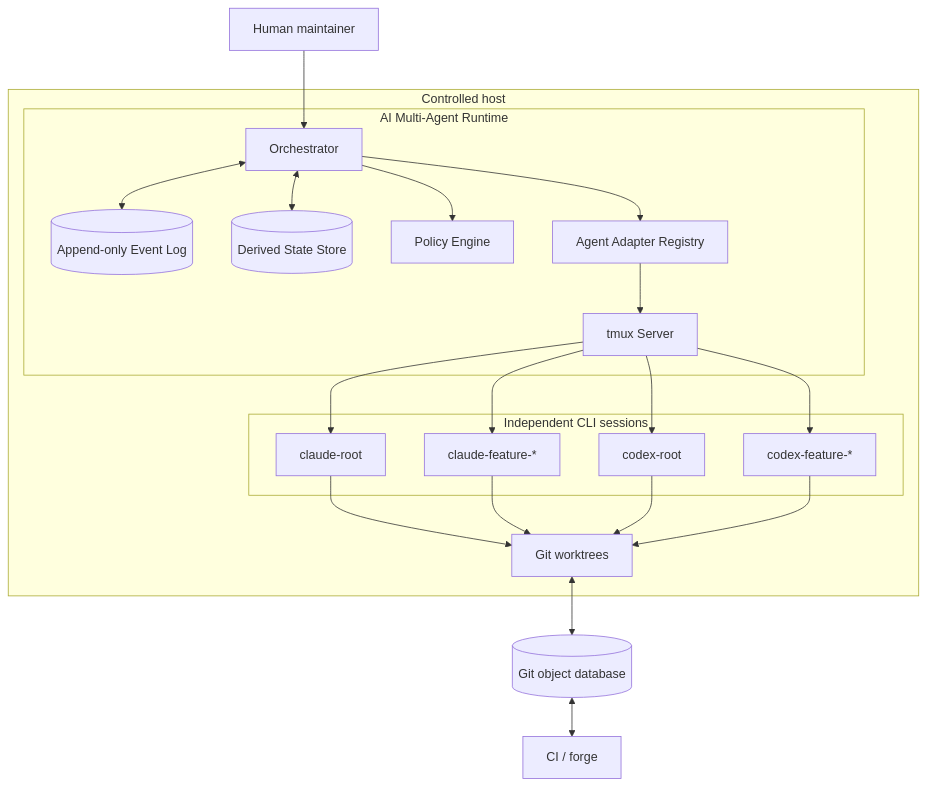
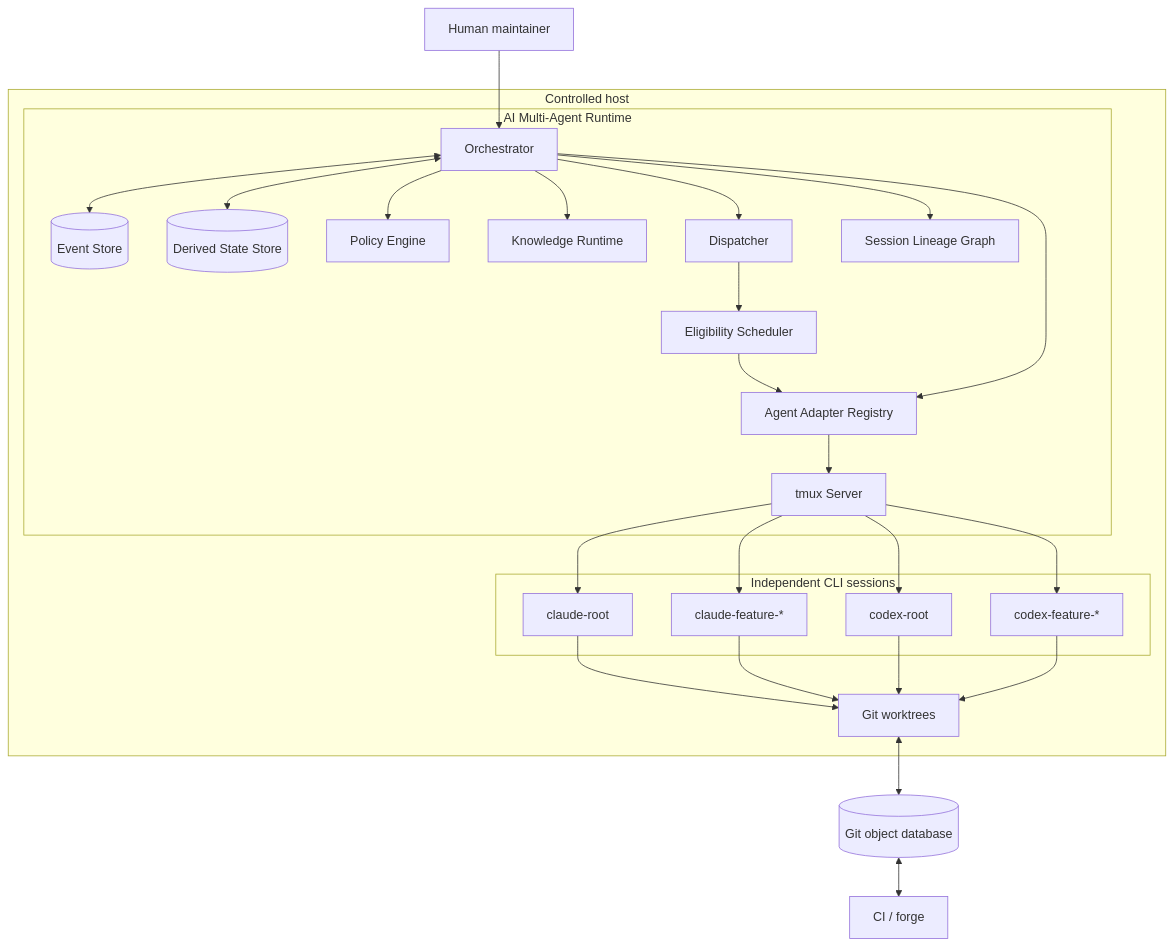
One commit to tinhnvAdnetplus/design-document changed the first of 3 diagrams in docs/architecture/01-architecture-overview.md. Above: the diagram before and after it, drawn with Mermaid. The commit also changed other lines of this file and 35 other files, not shown here.

````diff
--- a/docs/architecture/01-architecture-overview.md
+++ b/docs/architecture/01-architecture-overview.md
@@ -32,34 +32,43 @@
 ```mermaid
 flowchart TB
     subgraph Host[Controlled host]
         subgraph Runtime[AI Multi-Agent Runtime]
             O[Orchestrator]
-            E[(Append-only Event Log)]
+            E[(Event Store)]
             S[(Derived State Store)]
             P[Policy Engine]
             A[Agent Adapter Registry]
+            K[Knowledge Runtime]
+            D[Dispatcher]
+            Q[Eligibility Scheduler]
+            L[Session Lineage Graph]
             T[tmux Server]
         end
         subgraph AgentSessions[Independent CLI sessions]
             CR[claude-root]
             CF[claude-feature-*]
             XR[codex-root]
             XF[codex-feature-*]
         end
         W[Git worktrees]
     end
     G[(Git object database)]
     H[Human maintainer]
     CI[CI / forge]
 
     H --> O
     O <--> E
     O <--> S
+    O --> K
+    O --> D
+    D --> Q
+    Q --> A
+    O --> L
     O --> P
     O --> A
     A --> T
     T --> CR & CF & XR & XF
     CR & CF & XR & XF --> W
     W <--> G
     G <--> CI
 ```
````
